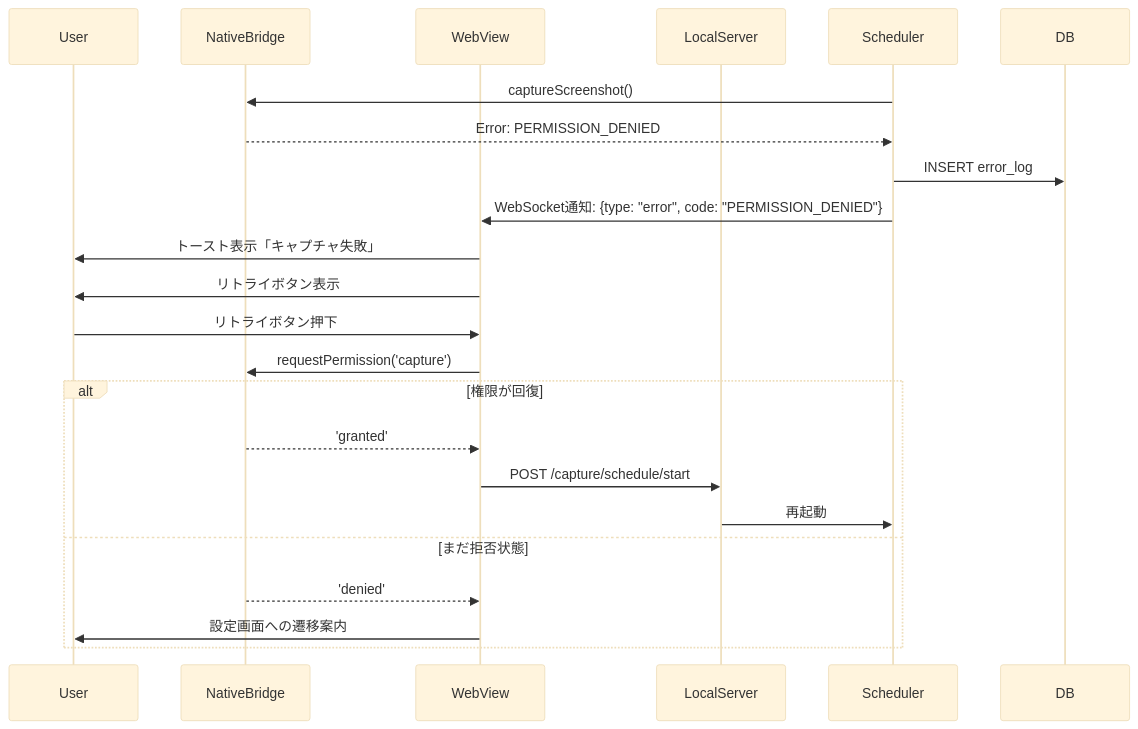
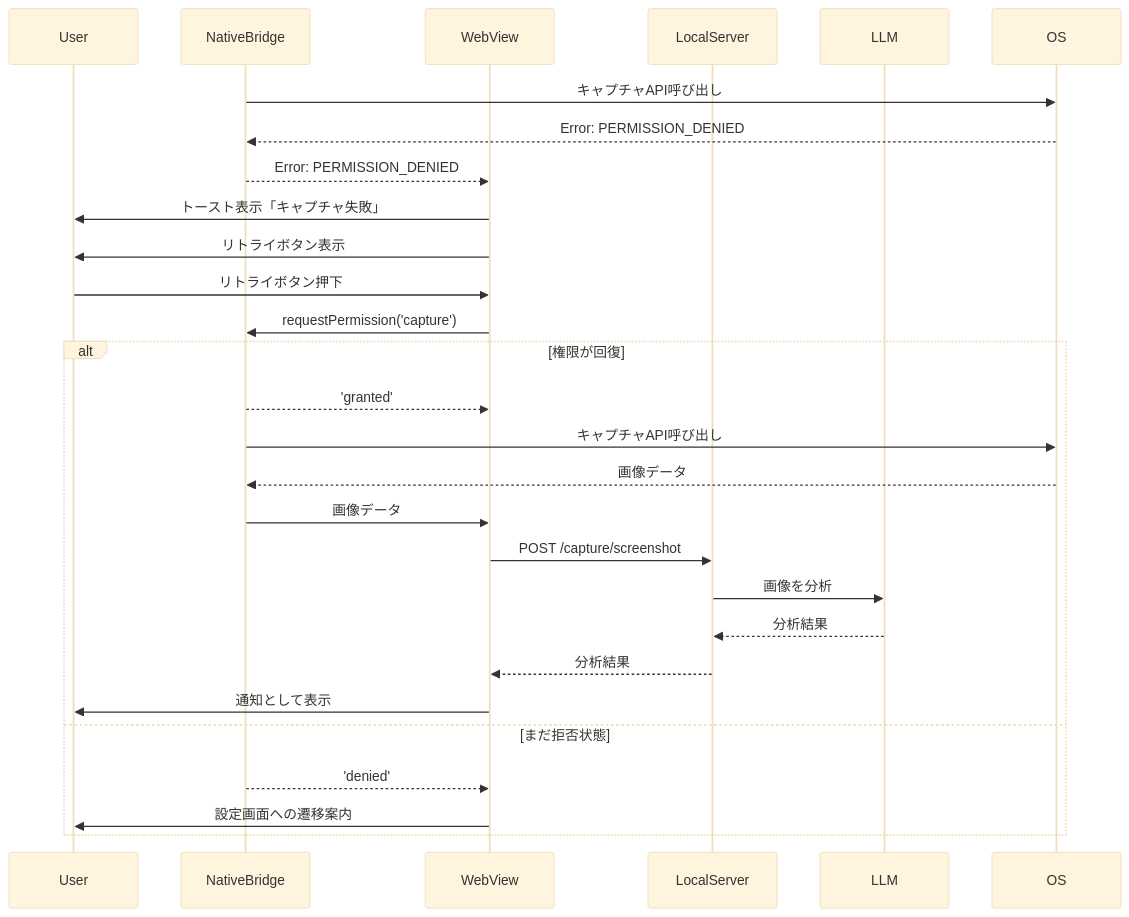
Before and after one commit to ano333333/llm-time-manager: the seventh of 7 diagrams in docs/flows.md, drawn with Mermaid (base theme). The commit also changed other lines of this file and 2 other files, not shown here.

````diff
--- a/docs/flows.md
+++ b/docs/flows.md
@@ -215,28 +227,32 @@
 ```mermaid
 sequenceDiagram
     participant User
     participant NativeBridge
     participant WebView
     participant LocalServer
-    participant Scheduler
-    participant DB
+    participant LLM
 
-    Scheduler->>NativeBridge: captureScreenshot()
-    NativeBridge-->>Scheduler: Error: PERMISSION_DENIED
-    Scheduler->>DB: INSERT error_log
-    Scheduler->>WebView: WebSocket通知: {type: "error", code: "PERMISSION_DENIED"}
+    NativeBridge->>OS: キャプチャAPI呼び出し
+    OS-->>NativeBridge: Error: PERMISSION_DENIED
+    NativeBridge-->>WebView: Error: PERMISSION_DENIED
     WebView->>User: トースト表示「キャプチャ失敗」
     WebView->>User: リトライボタン表示
 
     User->>WebView: リトライボタン押下
     WebView->>NativeBridge: requestPermission('capture')
-    
+
     alt 権限が回復
         NativeBridge-->>WebView: 'granted'
-        WebView->>LocalServer: POST /capture/schedule/start
-        LocalServer->>Scheduler: 再起動
+        NativeBridge->>OS: キャプチャAPI呼び出し
+        OS-->>NativeBridge: 画像データ
+        NativeBridge->>WebView: 画像データ
+        WebView->>LocalServer: POST /capture/screenshot
+        LocalServer->>LLM: 画像を分析
+        LLM-->>LocalServer: 分析結果
+        LocalServer-->>WebView: 分析結果
+        WebView->>User: 通知として表示
     else まだ拒否状態
         NativeBridge-->>WebView: 'denied'
         WebView->>User: 設定画面への遷移案内
     end
 ```
````
